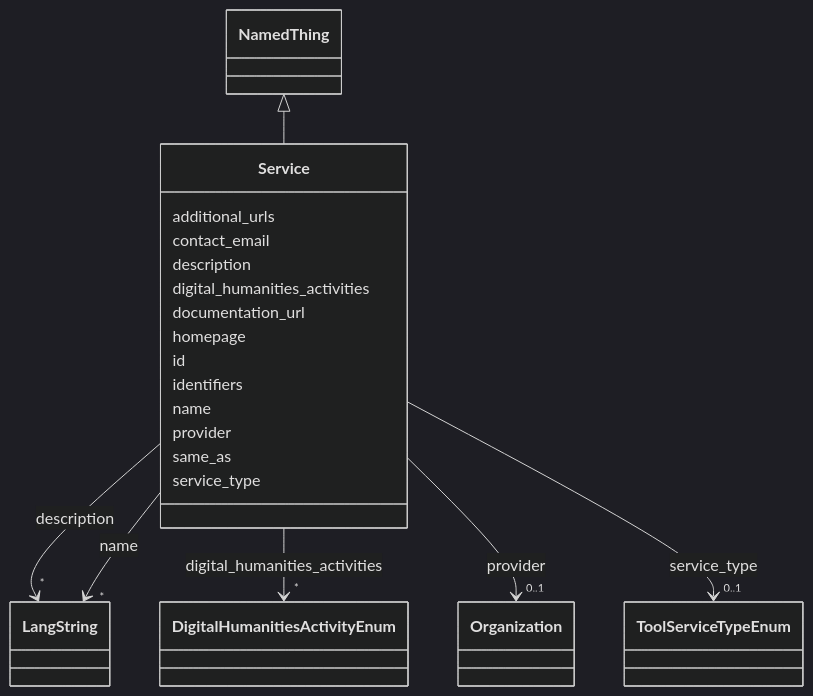
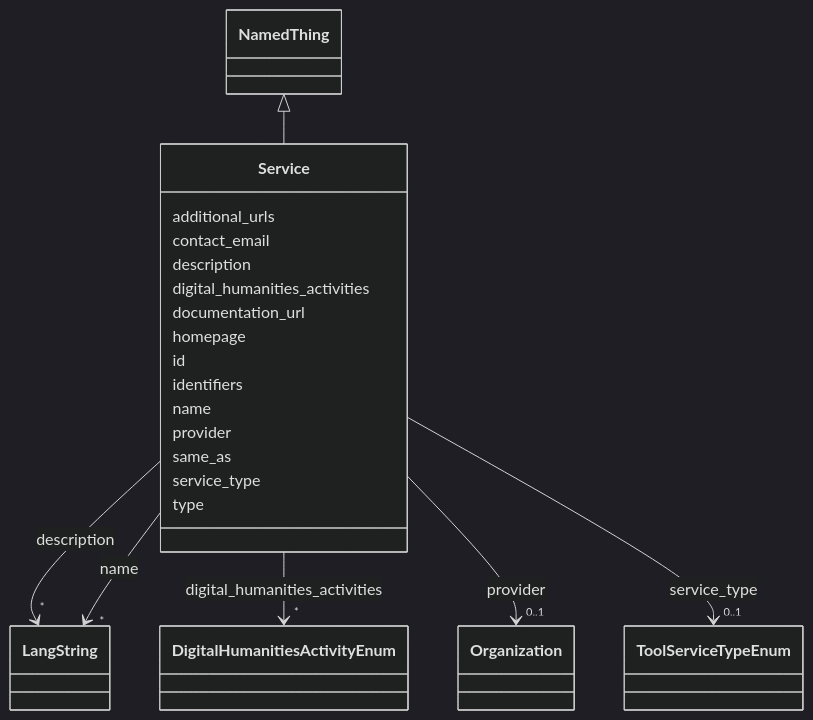
The diagram in docs/classes/Service.md (DARIAH-IL/idhi-manifests), drawn with Mermaid (dark theme) before and after one commit. The commit also changed other lines of this file and 26 other files, not shown here.

````diff
--- a/docs/classes/Service.md
+++ b/docs/classes/Service.md
@@ -23,78 +23,80 @@
 ```mermaid
  classDiagram
     class Service
     click Service href "../../classes/Service/"
       NamedThing <|-- Service
         click NamedThing href "../../classes/NamedThing/"
       
       Service : additional_urls
         
       Service : contact_email
         
       Service : description
         
           
     
         
         
         Service --> "*" LangString : description
         click LangString href "../../classes/LangString/"
     
 
         
       Service : digital_humanities_activities
         
           
     
         
         
         Service --> "*" DigitalHumanitiesActivityEnum : digital_humanities_activities
         click DigitalHumanitiesActivityEnum href "../../enums/DigitalHumanitiesActivityEnum/"
     
 
         
       Service : documentation_url
         
       Service : homepage
         
       Service : id
         
       Service : identifiers
         
       Service : name
         
           
     
         
         
         Service --> "*" LangString : name
         click LangString href "../../classes/LangString/"
     
 
         
       Service : provider
         
           
     
         
         
         Service --> "0..1" Organization : provider
         click Organization href "../../classes/Organization/"
     
 
         
       Service : same_as
         
       Service : service_type
         
           
     
         
         
         Service --> "0..1" ToolServiceTypeEnum : service_type
         click ToolServiceTypeEnum href "../../enums/ToolServiceTypeEnum/"
     
 
         
+      Service : type
+        
       
 ```
````
